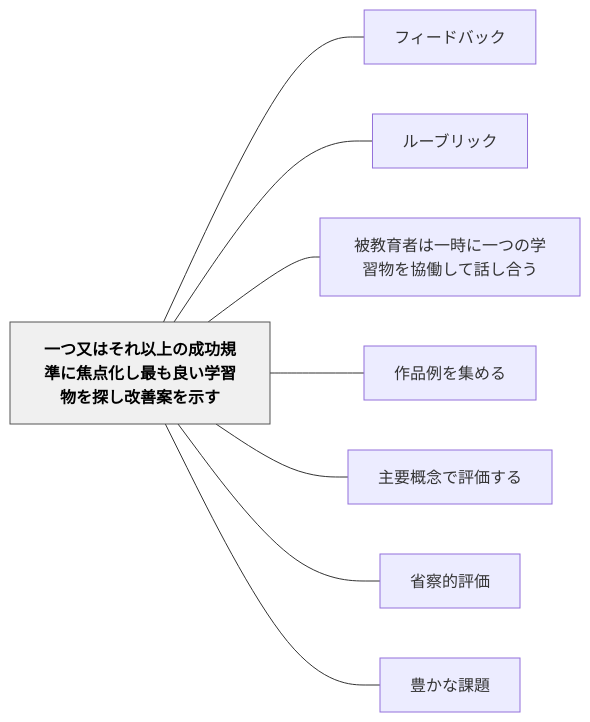
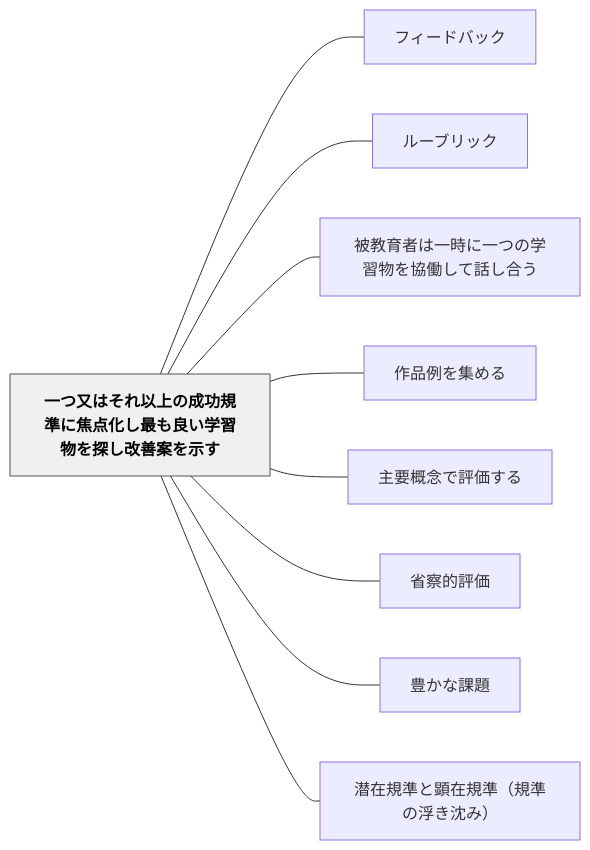
The diagram in content/パタン/一つ又はそれ以上の成功規準に焦点化し最も良い学習物を探し改善案を示す.md (unknownthings-ed-patterns/unknownthings-ed-patterns), drawn with Mermaid before and after one commit. The commit also changed other lines of this file and 42 other files, not shown here.

````diff
--- a/content/パタン/一つ又はそれ以上の成功規準に焦点化し最も良い学習物を探し改善案を示す.md
+++ b/content/パタン/一つ又はそれ以上の成功規準に焦点化し最も良い学習物を探し改善案を示す.md
@@ -55,22 +56,24 @@
 ```mermaid
 flowchart LR
     ne4b880e381a4e58f88e381afe3819de3828ce4bba5e4b88ae381aee68890e58a9fe8a68fe6ba96e381abe784a6e782b9e58c96e38197e69c80e38282e889afe38184e5ada6e7bf92e789a9e38292e68ea2e38197e694b9e59684e6a188e38292e7a4bae38199["一つ又はそれ以上の成功規準に焦点化し最も良い学習物を探し改善案を示す"]
     ne38395e382a3e383bce38389e38390e38383e382af["フィードバック"]
     ne383abe383bce38396e383aae38383e382af["ルーブリック"]
     ne8a2abe69599e882b2e88085e381afe4b880e69982e381abe4b880e381a4e381aee5ada6e7bf92e789a9e38292e58d94e5838de38197e381a6e8a9b1e38197e59088e38186["被教育者は一時に一つの学習物を協働して話し合う"]
     ne4bd9ce59381e4be8be38292e99b86e38281e3828b["作品例を集める"]
     ne4b8bbe8a681e6a682e5bfb5e381a7e8a995e4bea1e38199e3828b["主要概念で評価する"]
     ne79c81e5af9fe79a84e8a995e4bea1["省察的評価"]
     ne8b18ae3818be381aae8aab2e9a18c["豊かな課題"]
+    ne6bd9ce59ca8e8a68fe6ba96e381a8e9a195e59ca8e8a68fe6ba96efbc88e8a68fe6ba96e381aee6b5aee3818de6b288e381bfefbc89["潜在規準と顕在規準（規準の浮き沈み）"]
 
     ne4b880e381a4e58f88e381afe3819de3828ce4bba5e4b88ae381aee68890e58a9fe8a68fe6ba96e381abe784a6e782b9e58c96e38197e69c80e38282e889afe38184e5ada6e7bf92e789a9e38292e68ea2e38197e694b9e59684e6a188e38292e7a4bae38199 --- ne38395e382a3e383bce38389e38390e38383e382af
     ne4b880e381a4e58f88e381afe3819de3828ce4bba5e4b88ae381aee68890e58a9fe8a68fe6ba96e381abe784a6e782b9e58c96e38197e69c80e38282e889afe38184e5ada6e7bf92e789a9e38292e68ea2e38197e694b9e59684e6a188e38292e7a4bae38199 --- ne383abe383bce38396e383aae38383e382af
     ne4b880e381a4e58f88e381afe3819de3828ce4bba5e4b88ae381aee68890e58a9fe8a68fe6ba96e381abe784a6e782b9e58c96e38197e69c80e38282e889afe38184e5ada6e7bf92e789a9e38292e68ea2e38197e694b9e59684e6a188e38292e7a4bae38199 --- ne8a2abe69599e882b2e88085e381afe4b880e69982e381abe4b880e381a4e381aee5ada6e7bf92e789a9e38292e58d94e5838de38197e381a6e8a9b1e38197e59088e38186
     ne4b880e381a4e58f88e381afe3819de3828ce4bba5e4b88ae381aee68890e58a9fe8a68fe6ba96e381abe784a6e782b9e58c96e38197e69c80e38282e889afe38184e5ada6e7bf92e789a9e38292e68ea2e38197e694b9e59684e6a188e38292e7a4bae38199 --- ne4bd9ce59381e4be8be38292e99b86e38281e3828b
     ne4b880e381a4e58f88e381afe3819de3828ce4bba5e4b88ae381aee68890e58a9fe8a68fe6ba96e381abe784a6e782b9e58c96e38197e69c80e38282e889afe38184e5ada6e7bf92e789a9e38292e68ea2e38197e694b9e59684e6a188e38292e7a4bae38199 --- ne4b8bbe8a681e6a682e5bfb5e381a7e8a995e4bea1e38199e3828b
     ne4b880e381a4e58f88e381afe3819de3828ce4bba5e4b88ae381aee68890e58a9fe8a68fe6ba96e381abe784a6e782b9e58c96e38197e69c80e38282e889afe38184e5ada6e7bf92e789a9e38292e68ea2e38197e694b9e59684e6a188e38292e7a4bae38199 --- ne79c81e5af9fe79a84e8a995e4bea1
     ne4b880e381a4e58f88e381afe3819de3828ce4bba5e4b88ae381aee68890e58a9fe8a68fe6ba96e381abe784a6e782b9e58c96e38197e69c80e38282e889afe38184e5ada6e7bf92e789a9e38292e68ea2e38197e694b9e59684e6a188e38292e7a4bae38199 --- ne8b18ae3818be381aae8aab2e9a18c
+    ne4b880e381a4e58f88e381afe3819de3828ce4bba5e4b88ae381aee68890e58a9fe8a68fe6ba96e381abe784a6e782b9e58c96e38197e69c80e38282e889afe38184e5ada6e7bf92e789a9e38292e68ea2e38197e694b9e59684e6a188e38292e7a4bae38199 --- ne6bd9ce59ca8e8a68fe6ba96e381a8e9a195e59ca8e8a68fe6ba96efbc88e8a68fe6ba96e381aee6b5aee3818de6b288e381bfefbc89
 
     classDef hub fill:#f0f0f0,stroke:#555,color:#000,font-weight:bold
     class ne4b880e381a4e58f88e381afe3819de3828ce4bba5e4b88ae381aee68890e58a9fe8a68fe6ba96e381abe784a6e782b9e58c96e38197e69c80e38282e889afe38184e5ada6e7bf92e789a9e38292e68ea2e38197e694b9e59684e6a188e38292e7a4bae38199 hub
 ```
````
